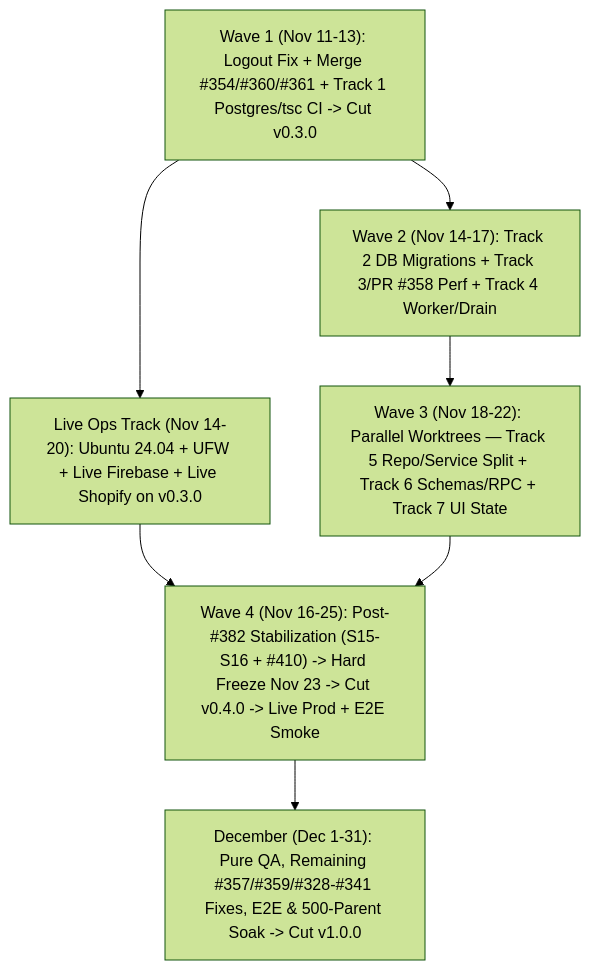
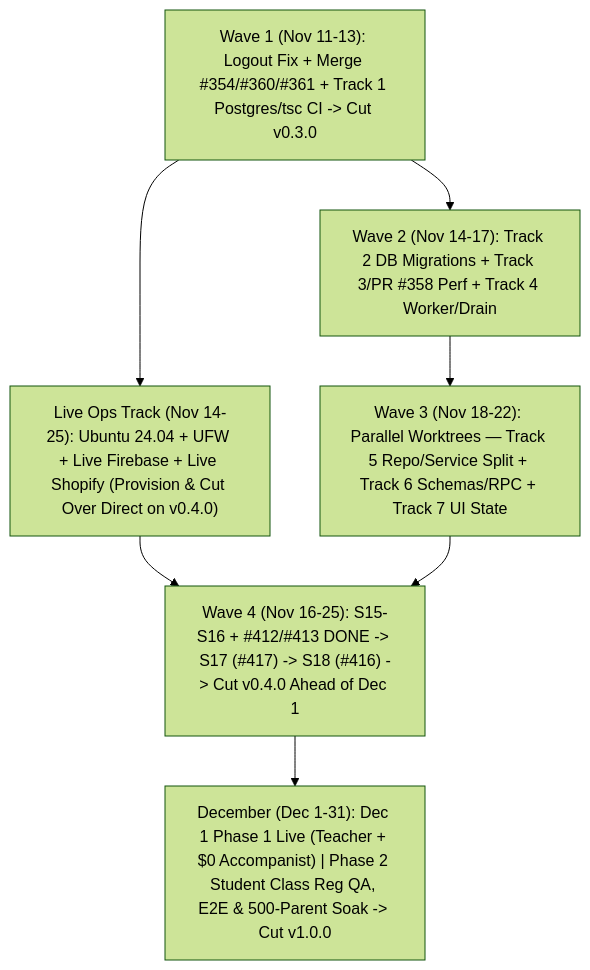
One commit to angelaqingx/Festival changed the diagram in specs/pre-thanksgiving-program.md. Above: the diagram before and after it, drawn with Mermaid (forest theme). The commit also changed other lines of this file and 7 other files, not shown here.

````diff
--- a/specs/pre-thanksgiving-program.md
+++ b/specs/pre-thanksgiving-program.md
@@ -12,10 +12,10 @@
 ```mermaid
 flowchart TD
     W1["Wave 1 (Nov 11-13): Logout Fix + Merge #354/#360/#361 + Track 1 Postgres/tsc CI -> Cut v0.3.0"]
-    W1 --> OPS["Live Ops Track (Nov 14-20): Ubuntu 24.04 + UFW + Live Firebase + Live Shopify on v0.3.0"]
+    W1 --> OPS["Live Ops Track (Nov 14-25): Ubuntu 24.04 + UFW + Live Firebase + Live Shopify (Provision & Cut Over Direct on v0.4.0)"]
     W1 --> W2["Wave 2 (Nov 14-17): Track 2 DB Migrations + Track 3/PR #358 Perf + Track 4 Worker/Drain"]
     W2 --> W3["Wave 3 (Nov 18-22): Parallel Worktrees — Track 5 Repo/Service Split + Track 6 Schemas/RPC + Track 7 UI State"]
-    OPS --> W4["Wave 4 (Nov 16-25): Post-#382 Stabilization (S15-S16 + #410) -> Hard Freeze Nov 23 -> Cut v0.4.0 -> Live Prod + E2E Smoke"]
+    OPS --> W4["Wave 4 (Nov 16-25): S15-S16 + #412/#413 DONE -> S17 (#417) -> S18 (#416) -> Cut v0.4.0 Ahead of Dec 1"]
     W3 --> W4
-    W4 --> DEC["December (Dec 1-31): Pure QA, Remaining #357/#359/#328-#341 Fixes, E2E & 500-Parent Soak -> Cut v1.0.0"]
+    W4 --> DEC["December (Dec 1-31): Dec 1 Phase 1 Live (Teacher + $0 Accompanist) | Phase 2 Student Class Reg QA, E2E & 500-Parent Soak -> Cut v1.0.0"]
 ```
````
